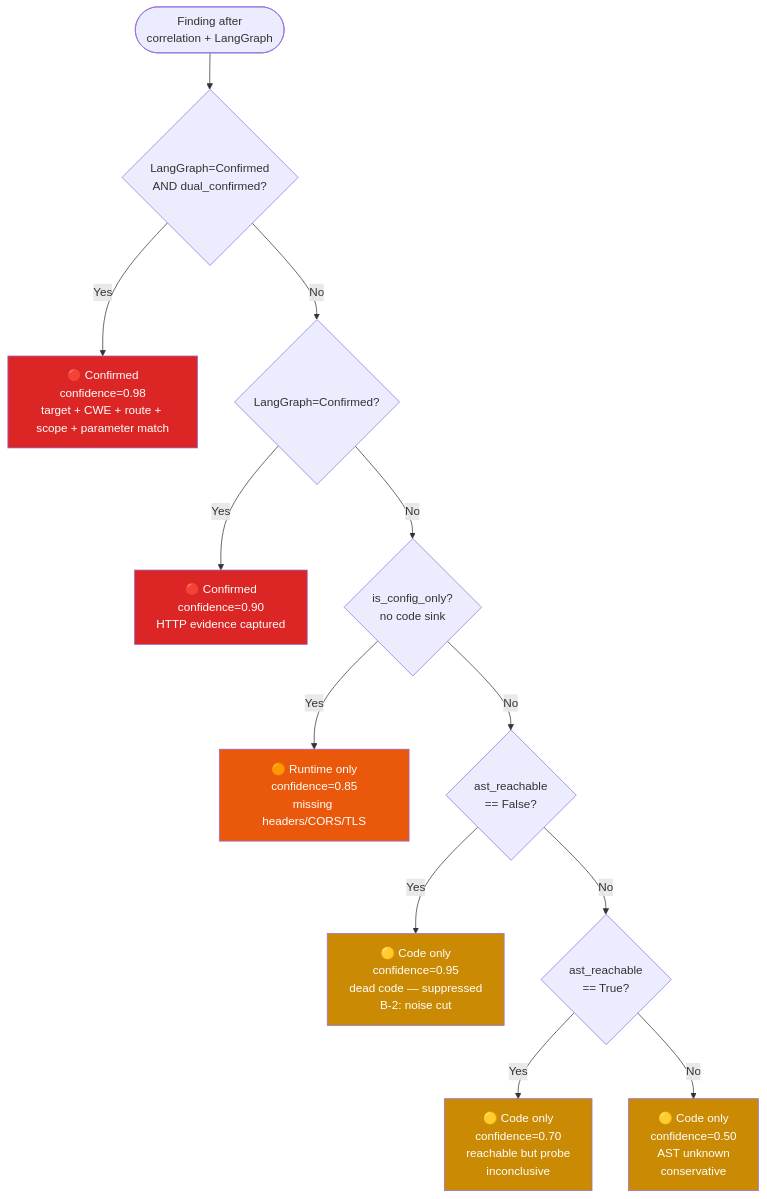
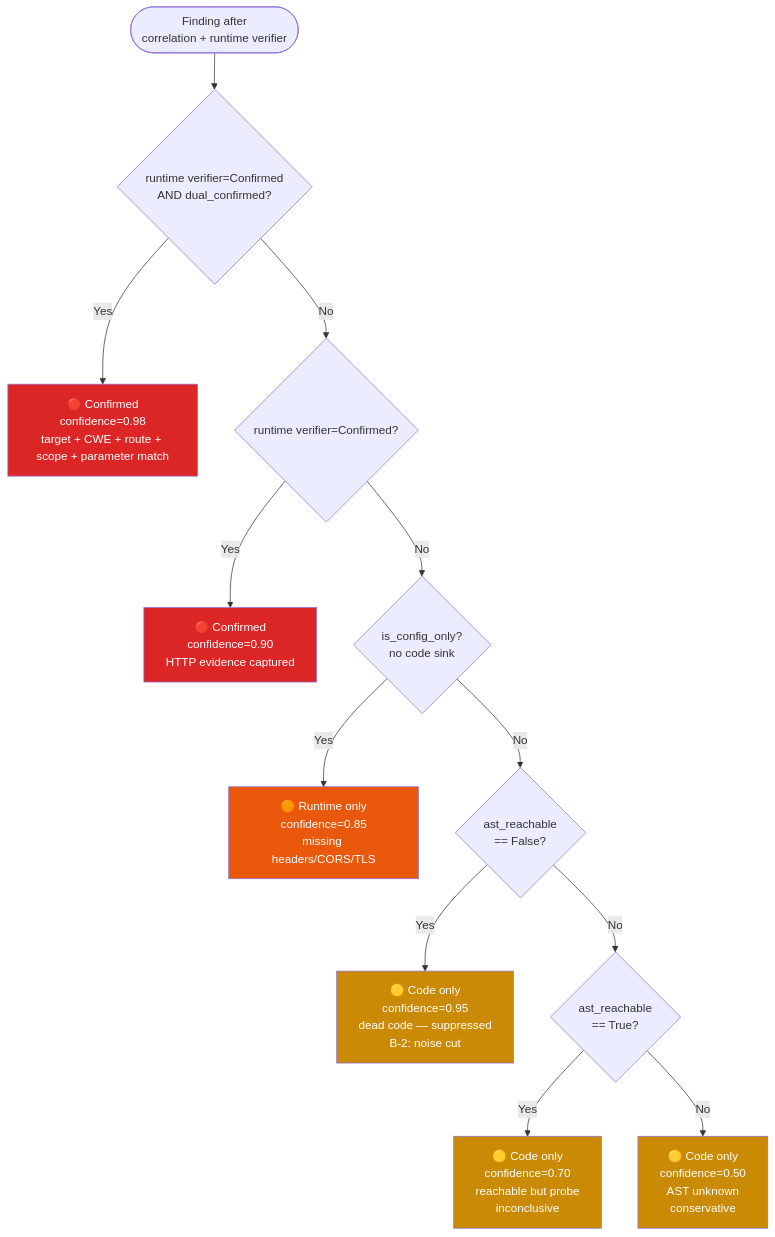
Diagram 11 of 25 in HACKATHON/docs/P06-Architecture.md (Halcyora/mitigata), drawn with Mermaid before and after one commit. The commit also changed other lines of this file and 45 other files, not shown here.

````diff
--- a/HACKATHON/docs/P06-Architecture.md
+++ b/HACKATHON/docs/P06-Architecture.md
@@ -406,32 +406,32 @@
 ```mermaid
 flowchart TD
-    INPUT([Finding after\ncorrelation + LangGraph]) --> R1
+    INPUT([Finding after\ncorrelation + runtime verifier]) --> R1
 
-    R1{LangGraph=Confirmed\nAND dual_confirmed?}
+    R1{runtime verifier=Confirmed\nAND dual_confirmed?}
     R1 -->|Yes| C1["🔴 Confirmed\nconfidence=0.98\ntarget + CWE + route + scope + parameter match"]
 
     R1 -->|No| R2
-    R2{LangGraph=Confirmed?}
+    R2{runtime verifier=Confirmed?}
     R2 -->|Yes| C2["🔴 Confirmed\nconfidence=0.90\nHTTP evidence captured"]
 
     R2 -->|No| R3
     R3{is_config_only?\nno code sink}
     R3 -->|Yes| C3["🟠 Runtime only\nconfidence=0.85\nmissing headers/CORS/TLS"]
 
     R3 -->|No| R4
     R4{ast_reachable\n== False?}
     R4 -->|Yes| C4["🟡 Code only\nconfidence=0.95\ndead code — suppressed\nB-2: noise cut"]
 
     R4 -->|No| R5
     R5{ast_reachable\n== True?}
     R5 -->|Yes| C5["🟡 Code only\nconfidence=0.70\nreachable but probe\ninconclusive"]
 
     R5 -->|No| C6["🟡 Code only\nconfidence=0.50\nAST unknown\nconservative"]
 
     style C1 fill:#dc2626,color:#fff
     style C2 fill:#dc2626,color:#fff
     style C3 fill:#ea580c,color:#fff
     style C4 fill:#ca8a04,color:#fff
     style C5 fill:#ca8a04,color:#fff
     style C6 fill:#ca8a04,color:#fff
 ```
````
